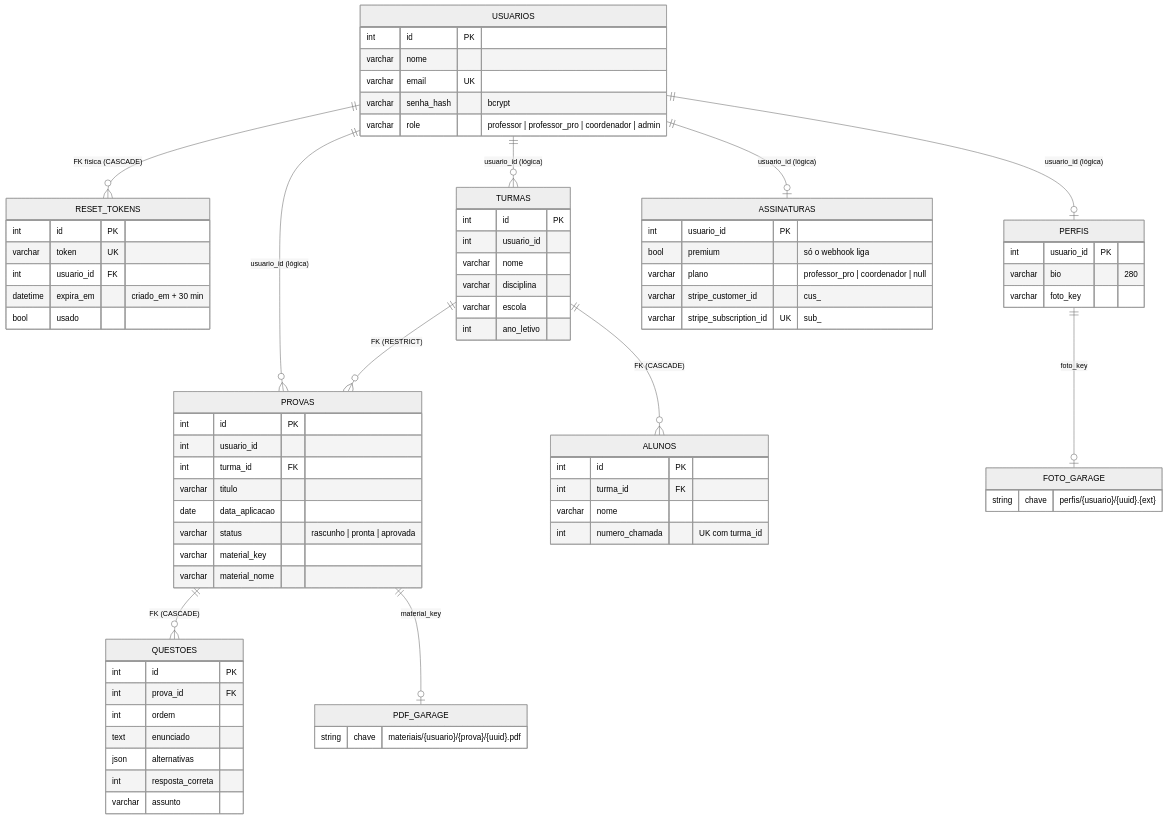
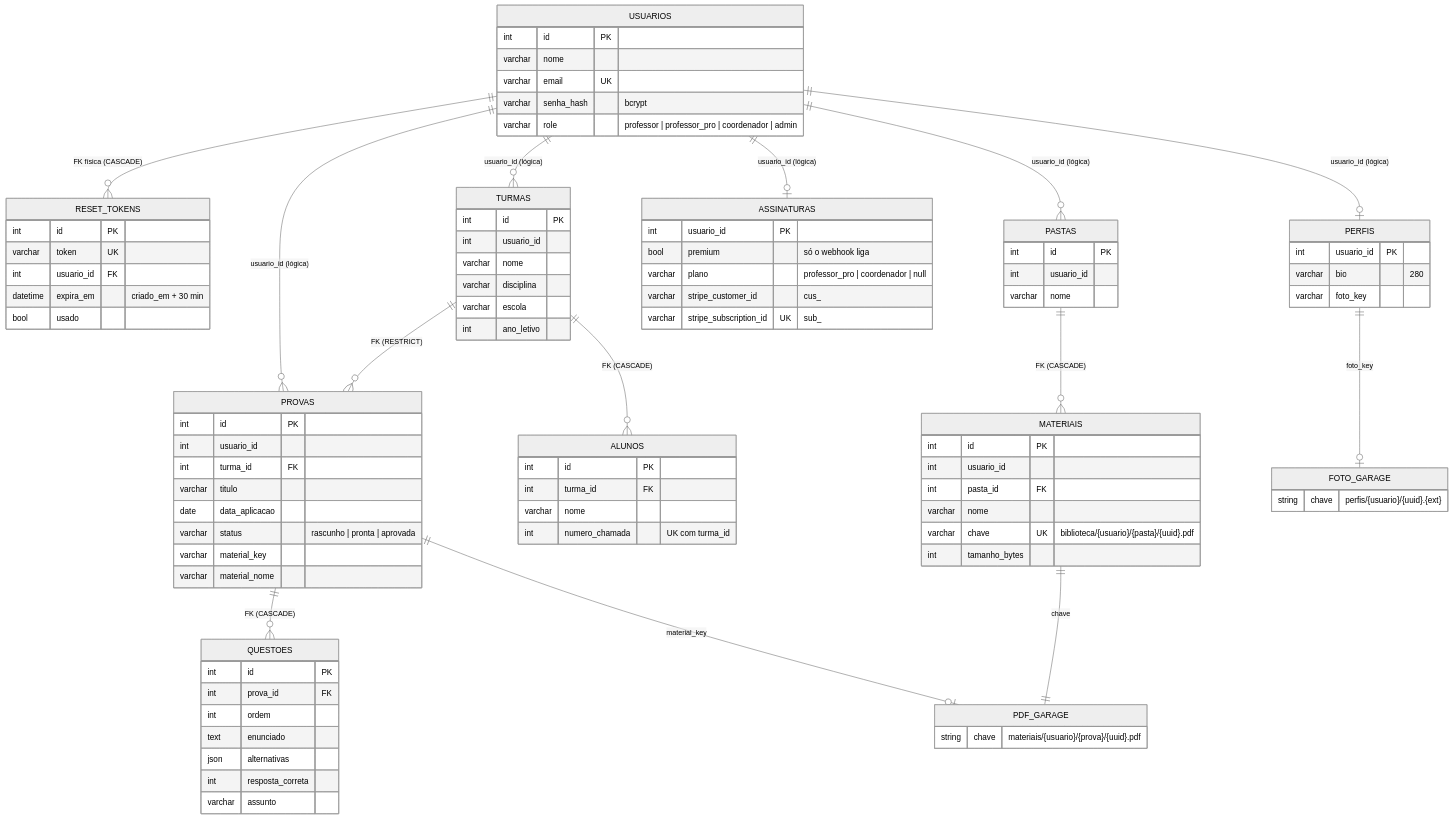
Before and after one commit to leonardoricci-tsi/ProvaPronta: the second of 2 diagrams in DOCUMENTACAO.md, drawn with Mermaid (neutral theme). The commit also changed other lines of this file and 35 other files, not shown here.

```diff
--- a/DOCUMENTACAO.md
+++ b/DOCUMENTACAO.md
@@ -260,6 +273,9 @@
     TURMAS ||--o{ PROVAS : "FK (RESTRICT)"
     PROVAS ||--o{ QUESTOES : "FK (CASCADE)"
     PROVAS ||--o| PDF_GARAGE : "material_key"
+    USUARIOS ||--o{ PASTAS : "usuario_id (lógica)"
+    PASTAS ||--o{ MATERIAIS : "FK (CASCADE)"
+    MATERIAIS ||--|| PDF_GARAGE : "chave"
     PERFIS ||--o| FOTO_GARAGE : "foto_key"
 
     USUARIOS {
@@ -309,6 +325,19 @@
         int resposta_correta
         varchar assunto
     }
+    PASTAS {
+        int id PK
+        int usuario_id
+        varchar nome
+    }
+    MATERIAIS {
+        int id PK
+        int usuario_id
+        int pasta_id FK
+        varchar nome
+        varchar chave UK "biblioteca/{usuario}/{pasta}/{uuid}.pdf"
+        int tamanho_bytes
+    }
     PERFIS {
         int usuario_id PK
         varchar bio "280"
```
